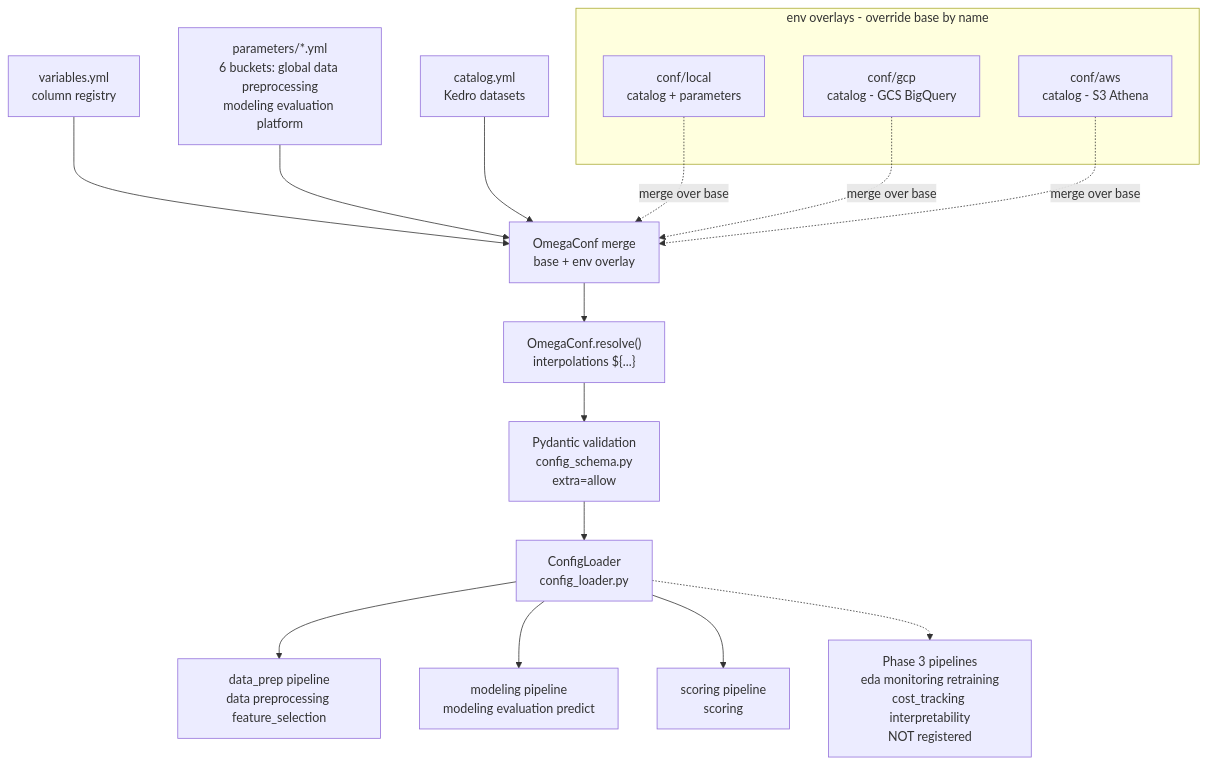
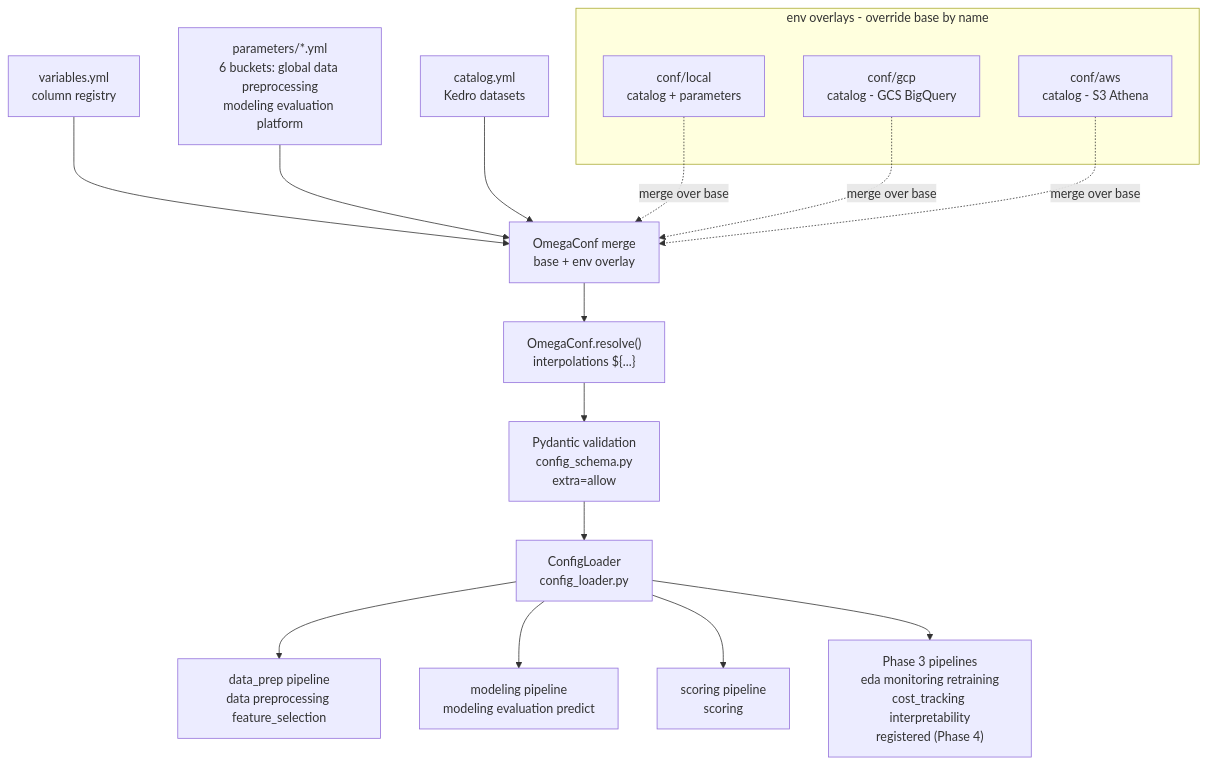
One commit to ankithaldar/all_projects changed the fourth of 6 diagrams in forecast_ml_framework/README.md. Above: the diagram before and after it, drawn with Mermaid. The commit also changed other lines of this file and 46 other files, not shown here.

````diff
--- a/forecast_ml_framework/README.md
+++ b/forecast_ml_framework/README.md
@@ -585,21 +607,21 @@
 ```mermaid
 flowchart TD
   V["variables.yml<br/>column registry"] --> OC["OmegaConf merge<br/>base + env overlay"]
   P["parameters/*.yml<br/>6 buckets: global data preprocessing<br/>modeling evaluation platform"] --> OC
   C["catalog.yml<br/>Kedro datasets"] --> OC
   OC --> RES["OmegaConf.resolve()<br/>interpolations ${...}"]
   RES --> PM["Pydantic validation<br/>config_schema.py<br/>extra=allow"]
   PM --> CL["ConfigLoader<br/>config_loader.py"]
   CL --> DP["data_prep pipeline<br/>data preprocessing feature_selection"]
   CL --> MP["modeling pipeline<br/>modeling evaluation predict"]
   CL --> SC["scoring pipeline<br/>scoring"]
-  CL -.-> P3["Phase 3 pipelines<br/>eda monitoring retraining<br/>cost_tracking interpretability<br/>NOT registered"]
+  CL --> P3["Phase 3 pipelines<br/>eda monitoring retraining<br/>cost_tracking interpretability<br/>registered (Phase 4)"]
   subgraph ENV["env overlays - override base by name"]
     L["conf/local<br/>catalog + parameters"]
     G["conf/gcp<br/>catalog - GCS BigQuery"]
     A["conf/aws<br/>catalog - S3 Athena"]
   end
   L -. "merge over base" .-> OC
   G -. "merge over base" .-> OC
   A -. "merge over base" .-> OC
 ```
````
